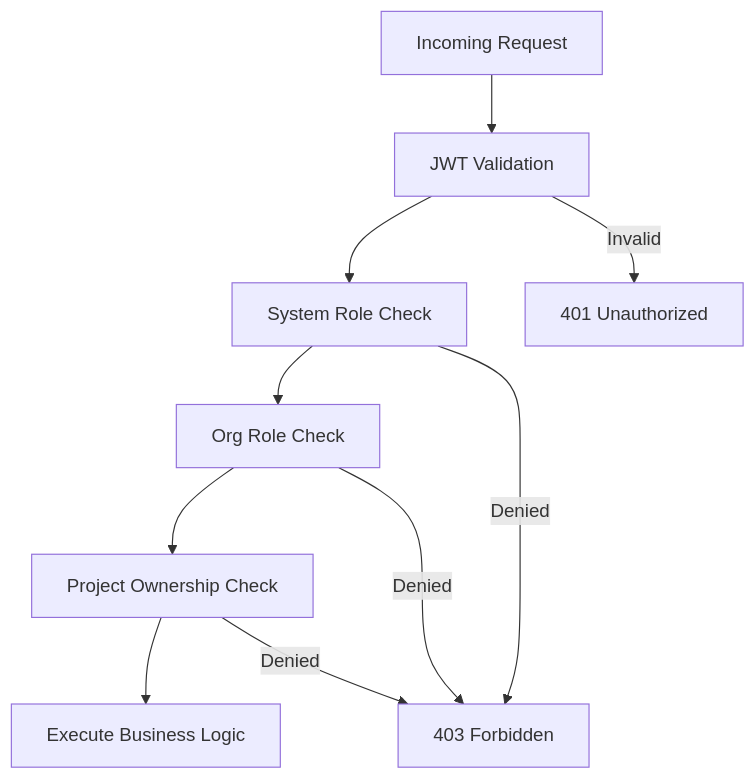
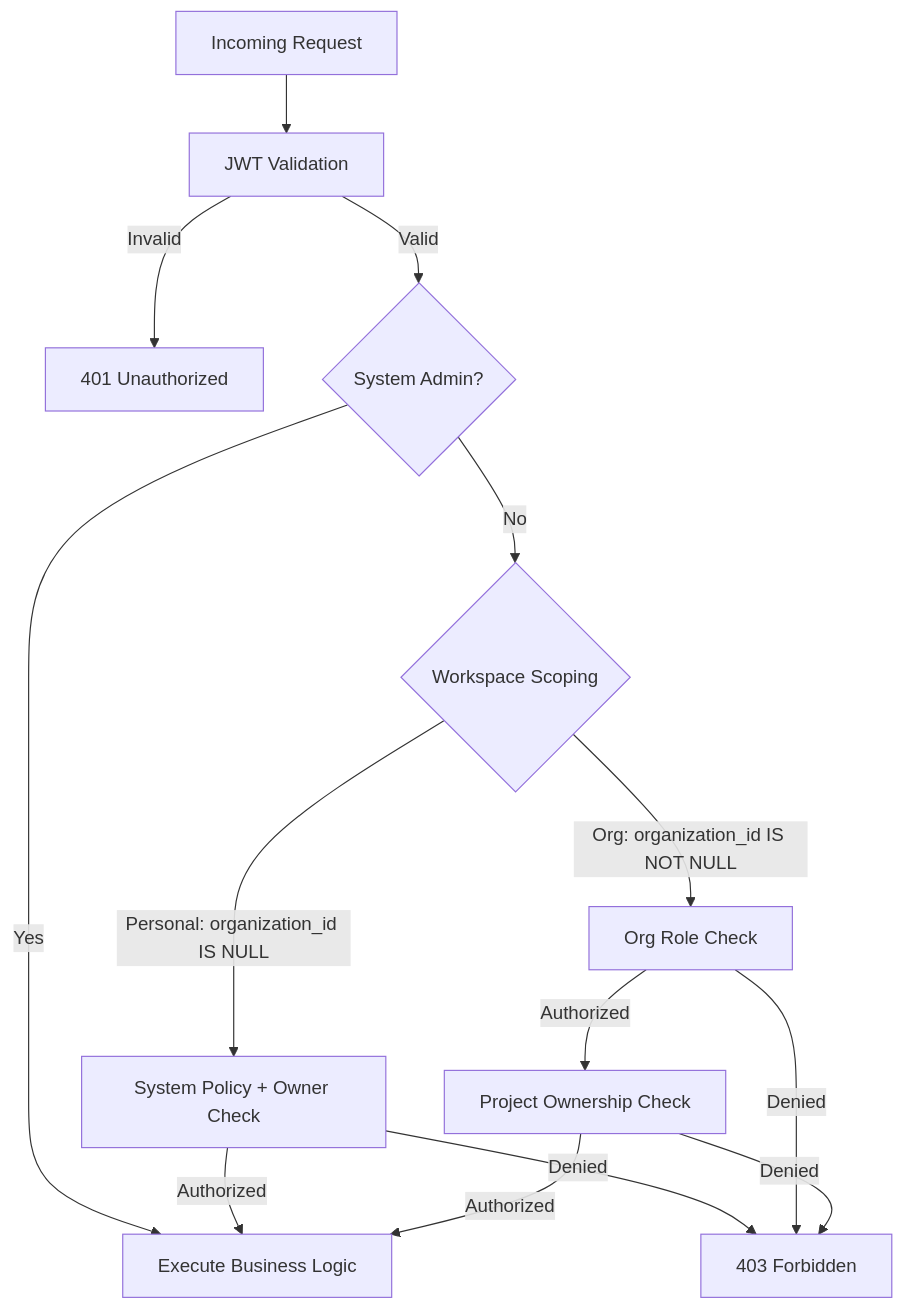
Before and after one commit to mislam-dev/forge: the third of 5 diagrams in docs/system/02-architecture/system-architecture.md, drawn with Mermaid. The commit also changed other lines of this file and 10 other files, not shown here.

Commit message:
feat: add support for personal projects by making organization_id optional in database schema and API documentation

````diff
--- a/docs/system/02-architecture/system-architecture.md
+++ b/docs/system/02-architecture/system-architecture.md
@@ -134,13 +132,19 @@
 ```mermaid
 flowchart TD
     REQ[Incoming Request] --> JWT[JWT Validation]
-    JWT --> SYS[System Role Check]
-    SYS --> ORG[Org Role Check]
-    ORG --> PROJ[Project Ownership Check]
-    PROJ --> EXEC[Execute Business Logic]
-
     JWT -->|Invalid| DENY401[401 Unauthorized]
-    SYS -->|Denied| DENY403[403 Forbidden]
+    JWT -->|Valid| SYS{System Admin?}
+    
+    SYS -->|Yes| EXEC[Execute Business Logic]
+    SYS -->|No| WS{Workspace Scoping}
+    
+    WS -->|Personal: organization_id IS NULL| POL[System Policy + Owner Check]
+    POL -->|Authorized| EXEC
+    POL -->|Denied| DENY403[403 Forbidden]
+    
+    WS -->|Org: organization_id IS NOT NULL| ORG[Org Role Check]
     ORG -->|Denied| DENY403
+    ORG -->|Authorized| PROJ[Project Ownership Check]
+    PROJ -->|Authorized| EXEC
     PROJ -->|Denied| DENY403
 ```
````
